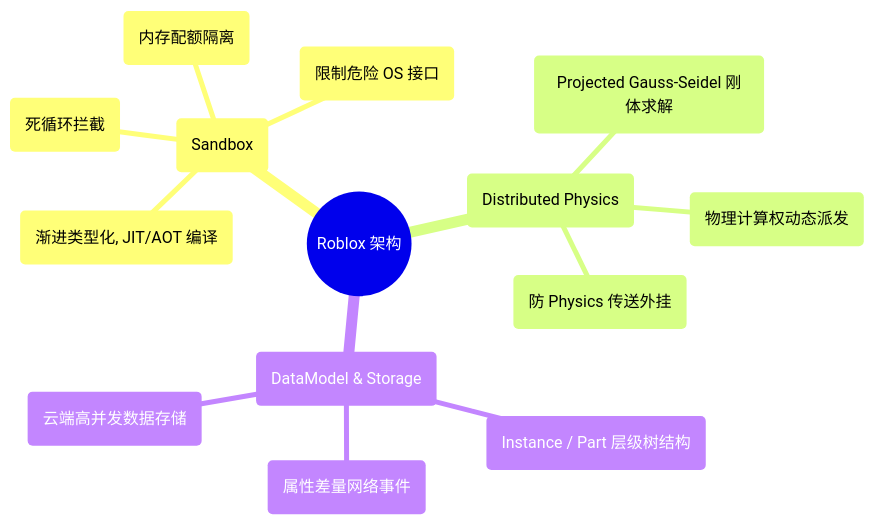
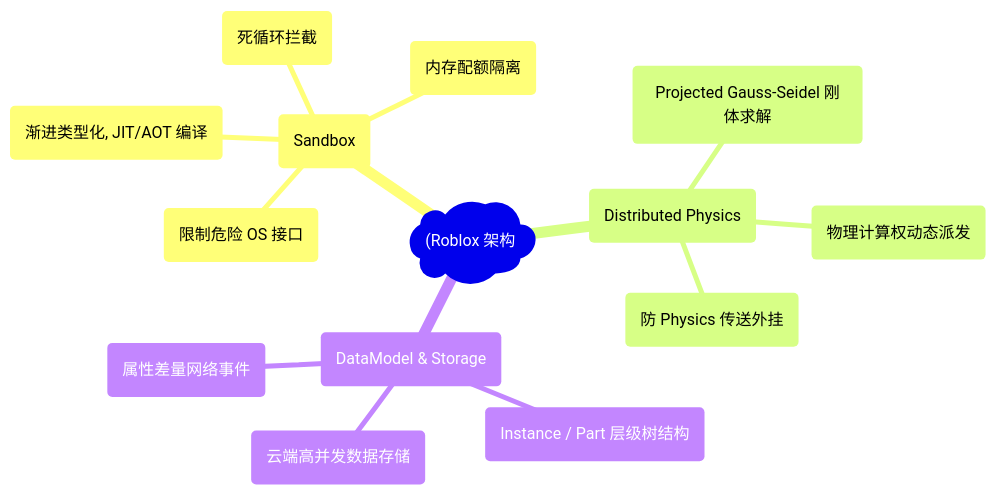
One commit to koosai/AI-Architect-Learning changed the second of 6 diagrams in docs/atlas/roblox.mdx. Above: the diagram before and after it, drawn with Mermaid. The commit also changed other lines of this file and 187 other files, not shown here.

Commit message:
fix(mermaid): fix all unquoted parens and edge label syntax errors across all docs

````diff
--- a/docs/atlas/roblox.mdx
+++ b/docs/atlas/roblox.mdx
@@ -87,17 +87,17 @@
 ```mermaid
 mindmap
-  root((Roblox 架构))
+  root("(Roblox 架构"))
     Luau 安全脚本沙箱 (Sandbox)
       Luau VM (渐进类型化, JIT/AOT 编译)
       Instruction Counter (死循环拦截)
       Memory Quota (内存配额隔离)
       C++ Binding (限制危险 OS 接口)
     分布式物理引擎 (Distributed Physics)
       PGS Solver (Projected Gauss-Seidel 刚体求解)
       Network Ownership (物理计算权动态派发)
       Sanity Distance Check (防 Physics 传送外挂)
     DataModel 复制与存储 (DataModel & Storage)
       DOM Tree (Instance / Part 层级树结构)
       Differential Replication (属性差量网络事件)
       Datastore v2 (云端高并发数据存储)
 ```
````
